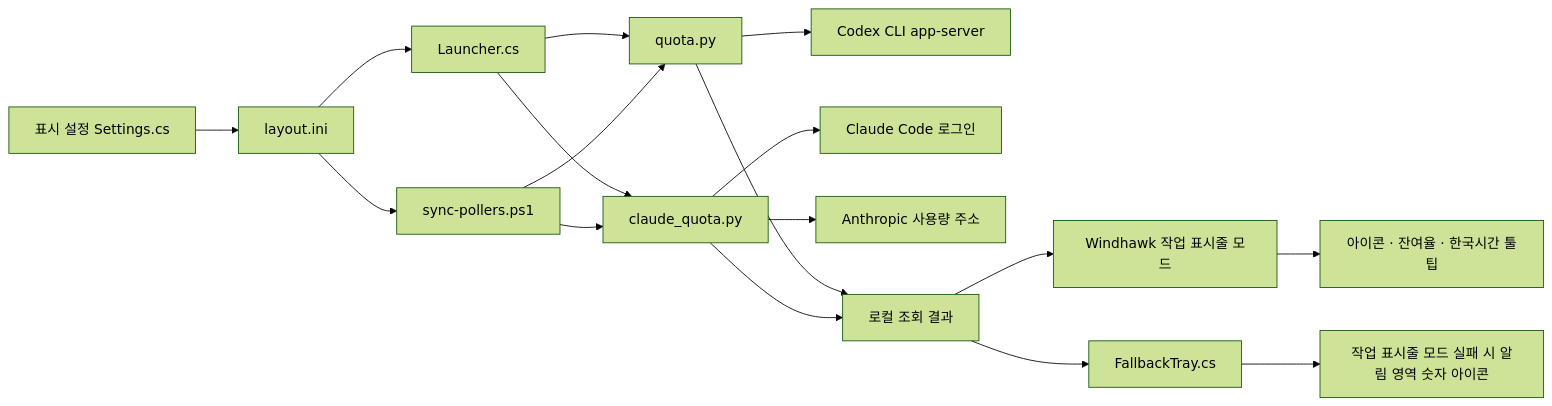
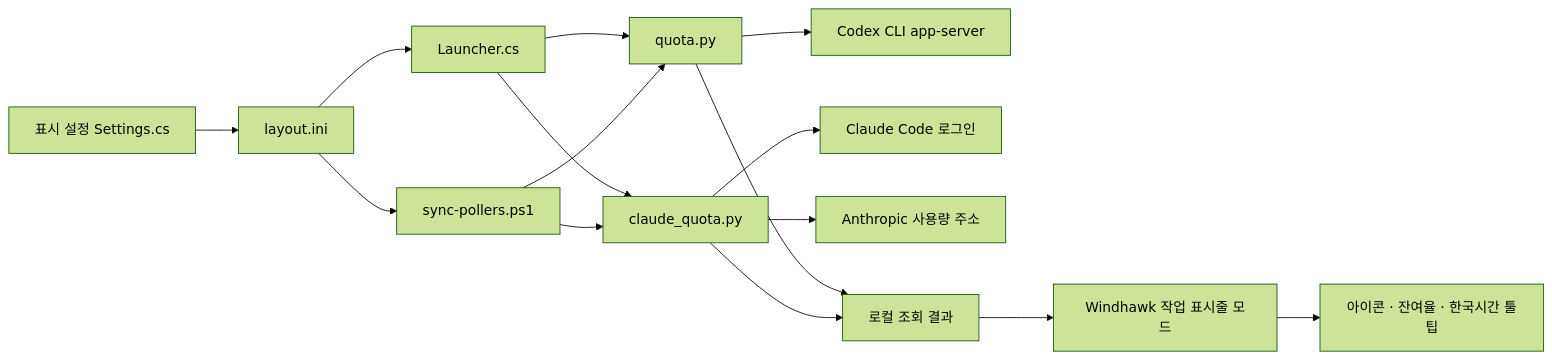
Before and after one commit to kjhbond/claude-gpt-usage-tray: the diagram in docs/ARCHITECTURE.md, drawn with Mermaid (forest theme). The commit also changed other lines of this file and 16 other files, not shown here.

````diff
--- a/docs/ARCHITECTURE.md
+++ b/docs/ARCHITECTURE.md
@@ -5,19 +5,17 @@
 ```mermaid
 flowchart LR
     UI[표시 설정 Settings.cs] --> INI[layout.ini]
     INI --> LAUNCH[Launcher.cs]
     INI --> SYNC[sync-pollers.ps1]
     LAUNCH --> CP[quota.py]
     LAUNCH --> AP[claude_quota.py]
     SYNC --> CP
     SYNC --> AP
     CP --> CS[Codex CLI app-server]
     AP --> CC[Claude Code 로그인]
     AP --> AN[Anthropic 사용량 주소]
     CP --> STATE[로컬 조회 결과]
     AP --> STATE
     STATE --> MOD[Windhawk 작업 표시줄 모드]
     MOD --> BAR[아이콘 · 잔여율 · 한국시간 툴팁]
-    STATE --> FALLBACK[FallbackTray.cs]
-    FALLBACK --> TRAY[작업 표시줄 모드 실패 시 알림 영역 숫자 아이콘]
 ```
````
